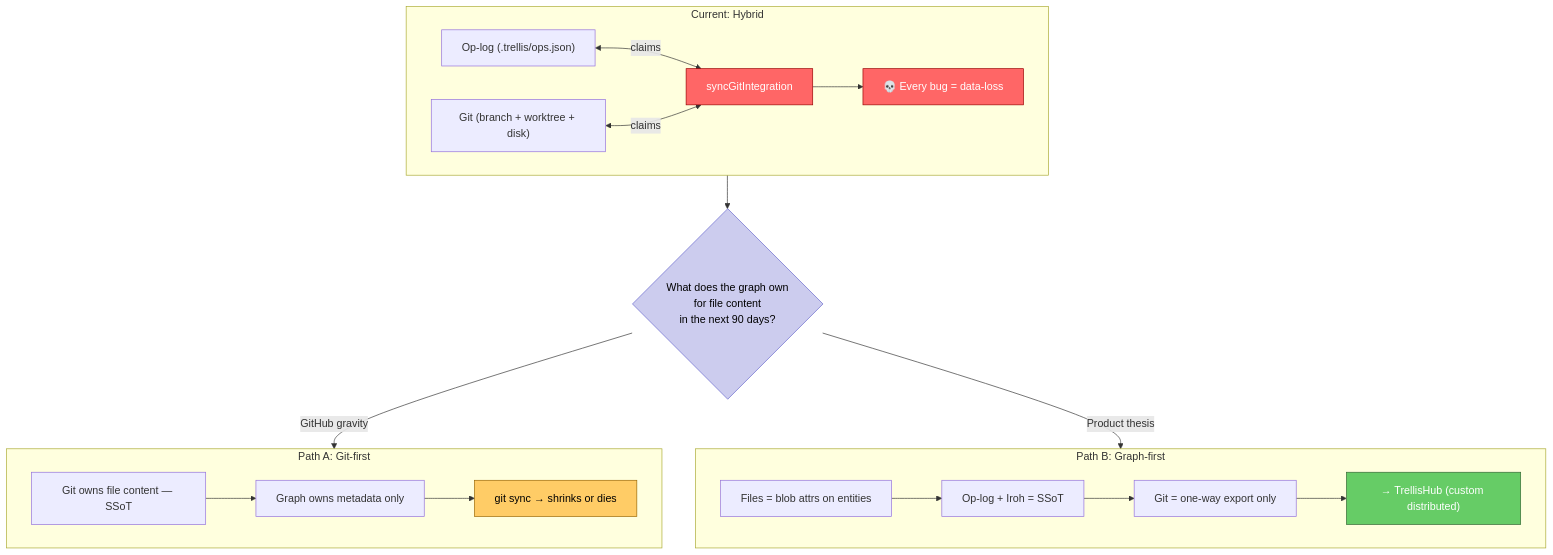
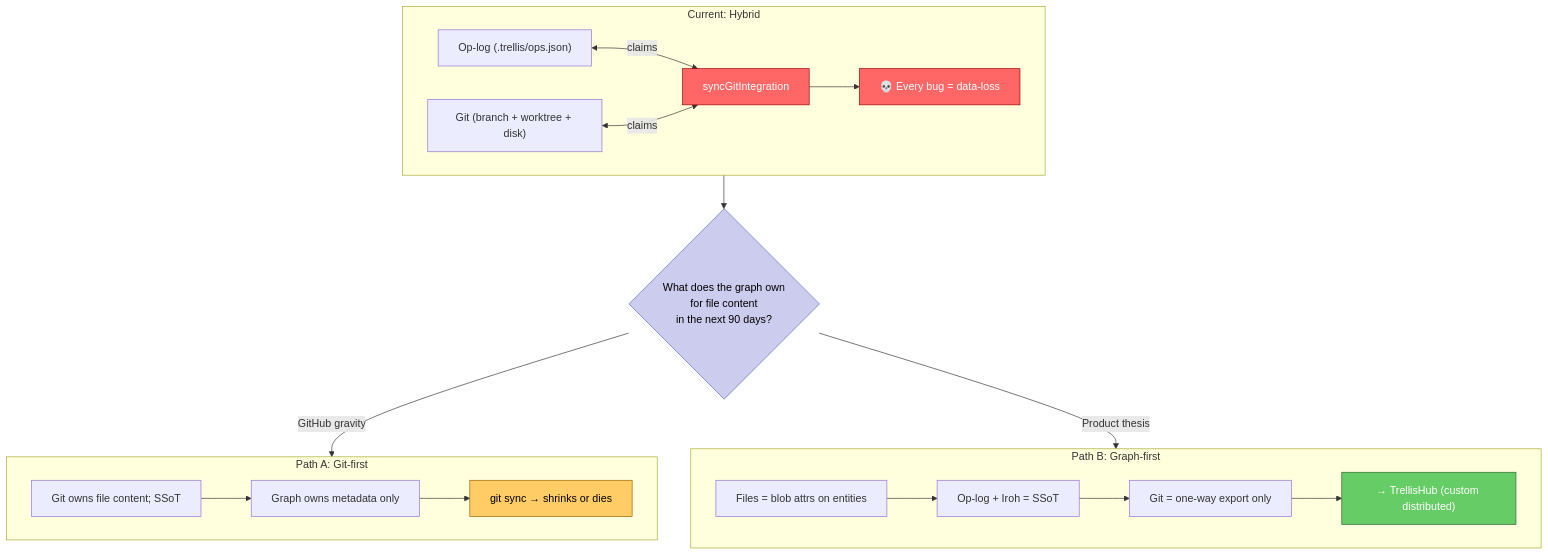
One commit to trentbrew/trellis changed the fourth of 5 diagrams in docs/planning/git-ssot-fault-line-checkpoint-2026-08-03.md. Above: the diagram before and after it, drawn with Mermaid. The commit also changed other lines of this file and 218 other files, not shown here.

````diff
--- a/docs/planning/git-ssot-fault-line-checkpoint-2026-08-03.md
+++ b/docs/planning/git-ssot-fault-line-checkpoint-2026-08-03.md
@@ -236,38 +236,38 @@
 ```mermaid
 flowchart TB
     subgraph hybrid["Current: Hybrid"]
         H_OP["Op-log (.trellis/ops.json)"]
         H_GIT["Git (branch + worktree + disk)"]
         H_SYNC["syncGitIntegration"]
         H_OP <-->|"claims"| H_SYNC
         H_GIT <-->|"claims"| H_SYNC
         H_SYNC --> H_BUG["💀 Every bug = data-loss"]
     end
 
     subgraph A["Path A: Git-first"]
-        A1["Git owns file content — SSoT"]
+        A1["Git owns file content; SSoT"]
         A2["Graph owns metadata only"]
         A3["git sync → shrinks or dies"]
         A1 --> A2 --> A3
     end
 
     subgraph B["Path B: Graph-first"]
         B1["Files = blob attrs on entities"]
         B2["Op-log + Iroh = SSoT"]
         B3["Git = one-way export only"]
         B4["→ TrellisHub (custom distributed)"]
         B1 --> B2 --> B3 --> B4
     end
 
     QUESTION{"What does the graph own<br/>for file content<br/>in the next 90 days?"}
     
     hybrid --> QUESTION
     QUESTION -->|"GitHub gravity"| A
     QUESTION -->|"Product thesis"| B
 
     style H_BUG fill:#f66,stroke:#900,color:#fff
     style H_SYNC fill:#f66,stroke:#900,color:#fff
     style B4 fill:#6c6,stroke:#363,color:#fff
     style A3 fill:#fc6,stroke:#960,color:#000
     style QUESTION fill:#cce,stroke:#66c,color:#000
 ```
````
